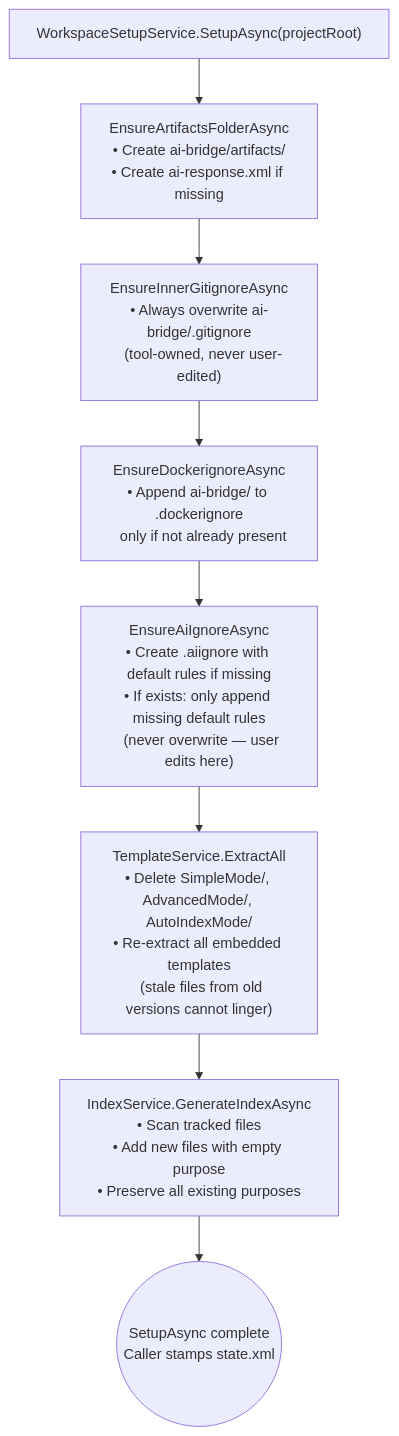
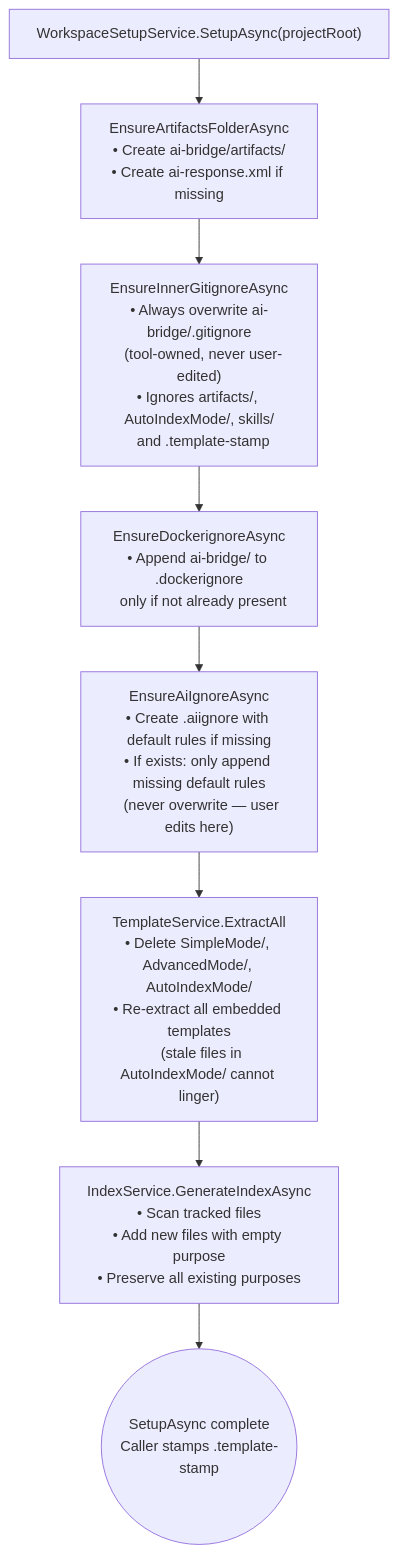
The second of 8 diagrams in workflows/CORE.md (arpanvgm/ai-bridge), drawn with Mermaid before and after one commit. The commit also changed other lines of this file and 14 other files, not shown here.

```diff
--- a/workflows/CORE.md
+++ b/workflows/CORE.md
@@ -32,11 +35,11 @@
 ~~~mermaid
 flowchart TD
     Start["WorkspaceSetupService.SetupAsync(projectRoot)"]
     Start --> Artifacts["EnsureArtifactsFolderAsync\n• Create ai-bridge/artifacts/\n• Create ai-response.xml if missing"]
-    Artifacts --> Gitignore["EnsureInnerGitignoreAsync\n• Always overwrite ai-bridge/.gitignore\n  (tool-owned, never user-edited)"]
+    Artifacts --> Gitignore["EnsureInnerGitignoreAsync\n• Always overwrite ai-bridge/.gitignore\n  (tool-owned, never user-edited)\n• Ignores artifacts/, AutoIndexMode/, skills/\n  and .template-stamp"]
     Gitignore --> Docker["EnsureDockerignoreAsync\n• Append ai-bridge/ to .dockerignore\n  only if not already present"]
     Docker --> AiIgnore["EnsureAiIgnoreAsync\n• Create .aiignore with default rules if missing\n• If exists: only append missing default rules\n  (never overwrite — user edits here)"]
-    AiIgnore --> Templates["TemplateService.ExtractAll\n• Delete SimpleMode/, AdvancedMode/, AutoIndexMode/\n• Re-extract all embedded templates\n  (stale files from old versions cannot linger)"]
+    AiIgnore --> Templates["TemplateService.ExtractAll\n• Delete SimpleMode/, AdvancedMode/, AutoIndexMode/\n• Re-extract all embedded templates\n  (stale files in AutoIndexMode/ cannot linger)"]
     Templates --> Index["IndexService.GenerateIndexAsync\n• Scan tracked files\n• Add new files with empty purpose\n• Preserve all existing purposes"]
-    Index --> Done(("SetupAsync complete\nCaller stamps state.xml"))
+    Index --> Done(("SetupAsync complete\nCaller stamps .template-stamp"))
 ~~~
```
